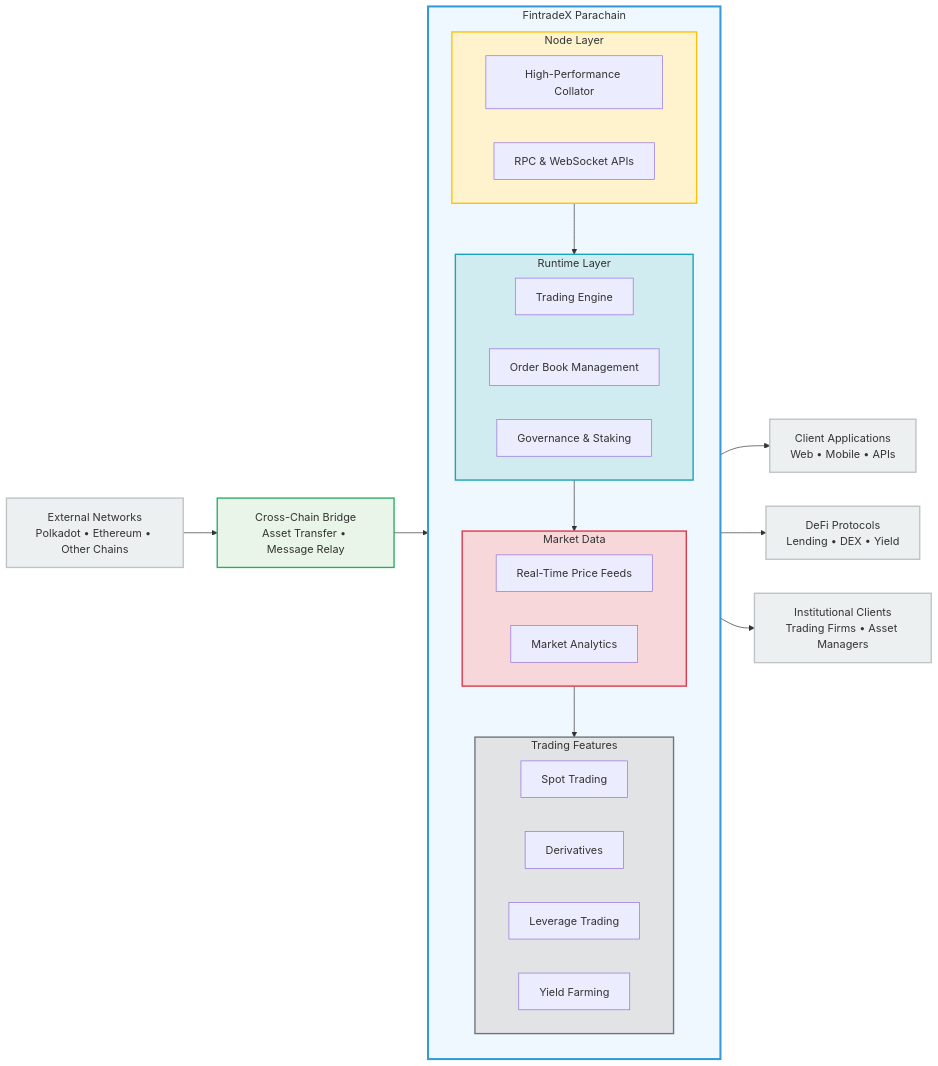
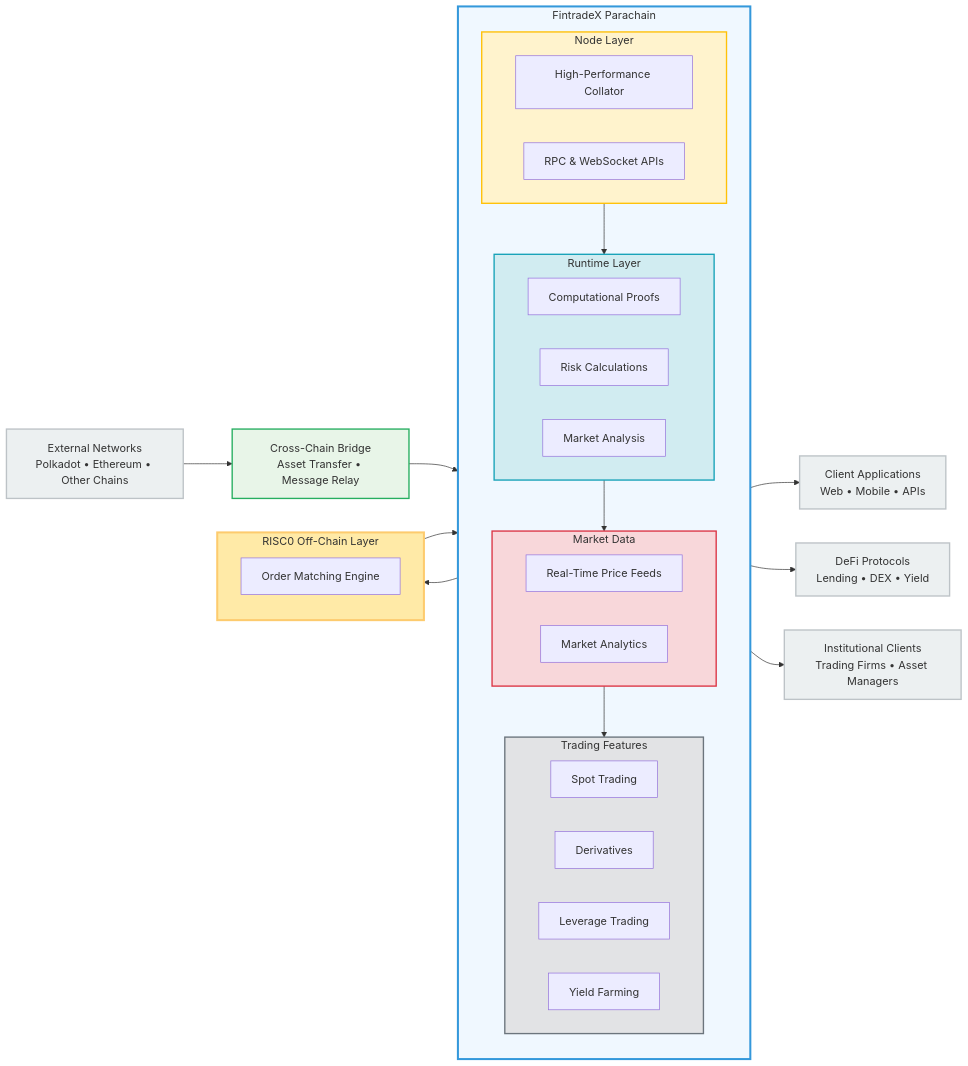
Before and after one commit to fintradev/fintradex: the diagram in README.md, drawn with Mermaid. The commit also changed other lines of this file, not shown here.

````diff
--- a/README.md
+++ b/README.md
@@ -29,69 +29,81 @@
 ```mermaid
 graph LR
     %% External
     EN[External Networks<br/>Polkadot • Ethereum • Other Chains]
     
     %% Bridge
     BR[Cross-Chain Bridge<br/>Asset Transfer • Message Relay]
     
     %% Main Platform
     subgraph FX[FintradeX Parachain]
         subgraph NL[Node Layer]
             N1[High-Performance Collator]
             N2[RPC & WebSocket APIs]
         end
         
         subgraph RL[Runtime Layer]
             R1[Trading Engine]
             R2[Order Book Management]
             R3[Governance & Staking]
         end
         
         subgraph MD[Market Data]
             M1[Real-Time Price Feeds]
             M2[Market Analytics]
         end
         
         subgraph SF[Trading Features]
             T1[Spot Trading]
             T2[Derivatives]
             T3[Leverage Trading]
             T4[Yield Farming]
         end
     end
     
+    %% RISC0 Off-Chain Layer
+    subgraph RISC[RISC0 Off-Chain Layer]
+        R0[Order Matching Engine]
+        R1[Computational Proofs]
+        R2[Risk Calculations]
+        R3[Market Analysis]
+    end
+    
     %% Clients
     CA[Client Applications<br/>Web • Mobile • APIs]
     DF[DeFi Protocols<br/>Lending • DEX • Yield]
     IC[Institutional Clients<br/>Trading Firms • Asset Managers]
     
     %% Connections
     EN --> BR
     BR --> FX
+    FX --> RISC
+    RISC --> FX
     FX --> CA
     FX --> DF
     FX --> IC
     
     %% Internal Flow
     NL --> RL
     RL --> MD
     MD --> SF
     
     %% Styling
     classDef external fill:#ecf0f1,stroke:#bdc3c7,stroke-width:2px
     classDef bridge fill:#e8f5e8,stroke:#27ae60,stroke-width:2px
     classDef platform fill:#f0f8ff,stroke:#3498db,stroke-width:3px
+    classDef risc0 fill:#ffeaa7,stroke:#fdcb6e,stroke-width:3px
     classDef nodeLayer fill:#fff3cd,stroke:#ffc107,stroke-width:2px
     classDef runtimeLayer fill:#d1ecf1,stroke:#17a2b8,stroke-width:2px
     classDef marketData fill:#f8d7da,stroke:#dc3545,stroke-width:2px
     classDef tradingFeatures fill:#e2e3e5,stroke:#6c757d,stroke-width:2px
     classDef clients fill:#f8f9fa,stroke:#6c757d,stroke-width:2px
     
     class EN,CA,DF,IC external
     class BR bridge
     class FX platform
+    class RISC risc0
     class NL nodeLayer
     class RL runtimeLayer
     class MD marketData
     class SF tradingFeatures
 ```
````
